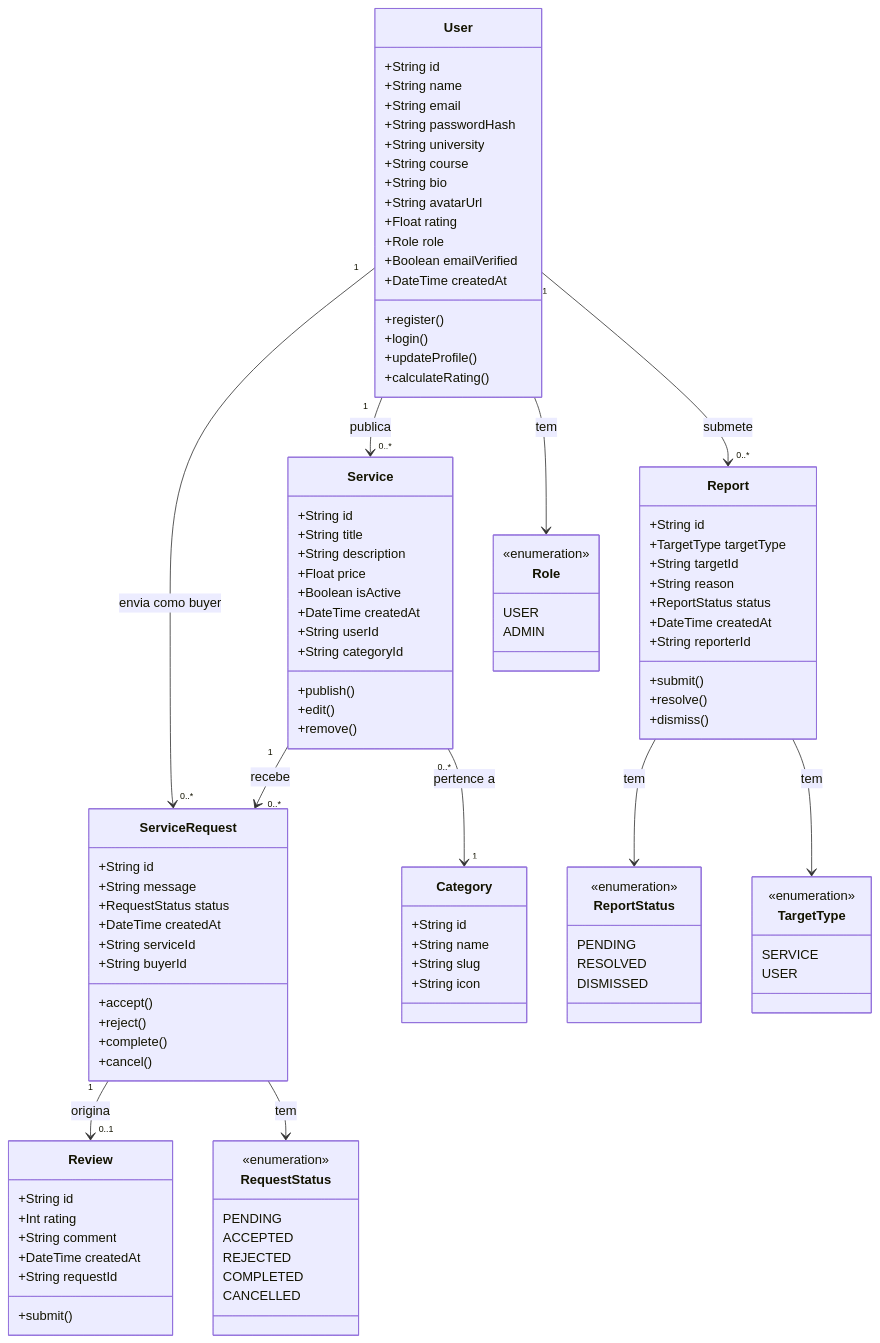
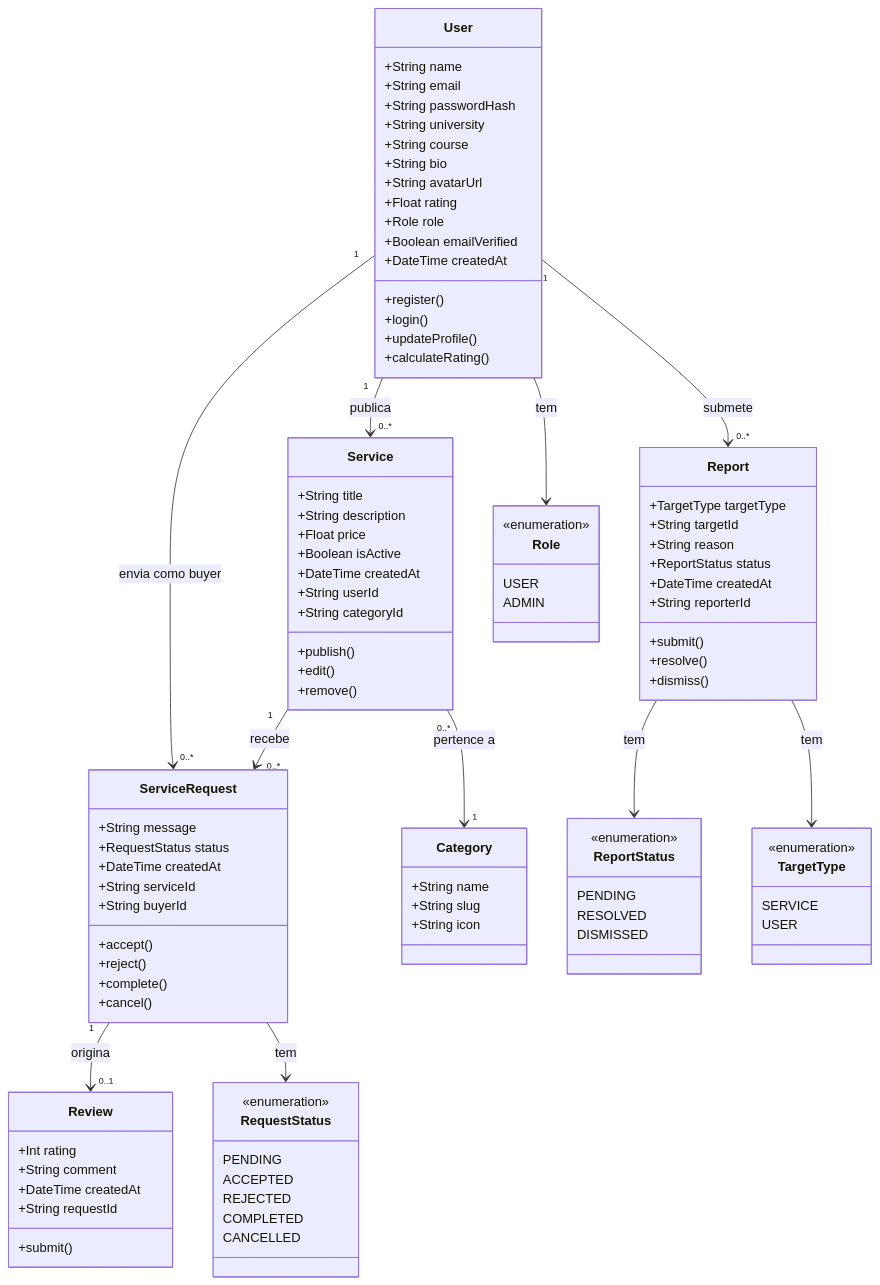
The first of 2 diagrams in docs/uml/diagrama-classes.md (pereira2001/ESTG-ESI-SkoolBay), drawn with Mermaid before and after one commit. The commit also changed 16 other files, not shown here.

````diff
--- a/docs/uml/diagrama-classes.md
+++ b/docs/uml/diagrama-classes.md
@@ -9,7 +9,6 @@
 ```mermaid
 classDiagram
-    class User {
-        +String id
+    class User {        
         +String name
         +String email
         +String passwordHash
@@ -27,8 +26,7 @@
         +calculateRating()
     }
 
-    class Service {
-        +String id
+    class Service {        
         +String title
         +String description
         +Float price
@@ -41,8 +39,7 @@
         +remove()
     }
 
-    class ServiceRequest {
-        +String id
+    class ServiceRequest {        
         +String message
         +RequestStatus status
         +DateTime createdAt
@@ -54,8 +51,7 @@
         +cancel()
     }
 
-    class Review {
-        +String id
+    class Review {        
         +Int rating
         +String comment
         +DateTime createdAt
@@ -63,15 +59,13 @@
         +submit()
     }
 
-    class Category {
-        +String id
+    class Category {        
         +String name
         +String slug
         +String icon
     }
 
     class Report {
-        +String id
         +TargetType targetType
         +String targetId
         +String reason
````
